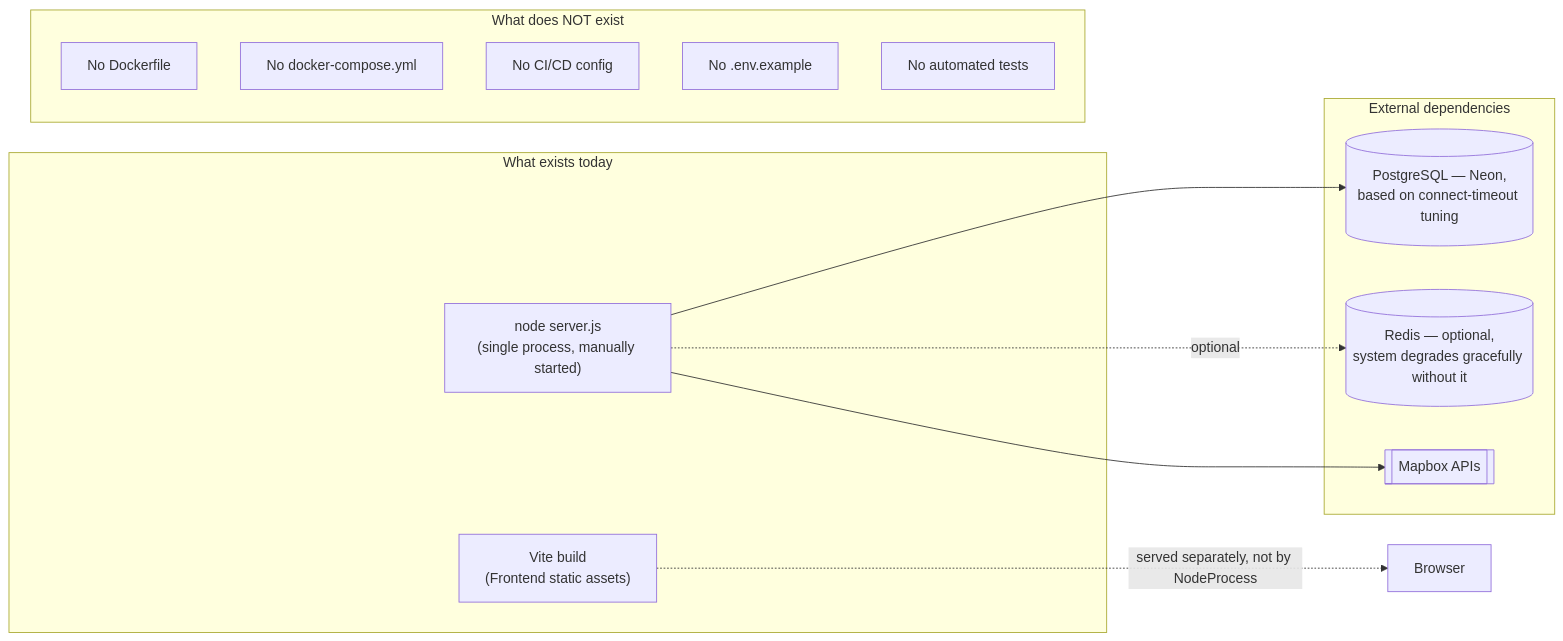
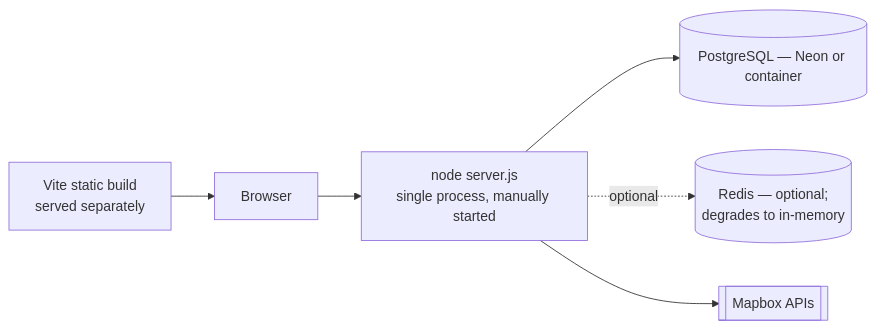
One commit to somanatha-dev/RobotX-Admin-Dashboard changed the fifth of 7 diagrams in FINAL_ARCHITECTURE_SUMMARY.md. Above: the diagram before and after it, drawn with Mermaid. The commit also changed other lines of this file and 154 other files, not shown here.

````diff
--- a/FINAL_ARCHITECTURE_SUMMARY.md
+++ b/FINAL_ARCHITECTURE_SUMMARY.md
@@ -253,24 +155,14 @@
 ```mermaid
 flowchart LR
-    subgraph "What exists today"
-        NodeProcess["node server.js\n(single process, manually started)"]
-        ViteBuild["Vite build\n(Frontend static assets)"]
-    end
-    subgraph "External dependencies"
-        NeonPG[(PostgreSQL — Neon,\nbased on connect-timeout tuning)]
-        RedisInstance[(Redis — optional,\nsystem degrades gracefully without it)]
-        MapboxAPI[[Mapbox APIs]]
-    end
-    subgraph "What does NOT exist"
-        Docker[No Dockerfile]
-        Compose[No docker-compose.yml]
-        CI[No CI/CD config]
-        EnvExample[No .env.example]
-        Tests[No automated tests]
-    end
+    N["node server.js<br/>single process, manually started"]
+    V["Vite static build<br/>served separately"]
+    PG[("PostgreSQL — Neon or container")]
+    RD[("Redis — optional;<br/>degrades to in-memory")]
+    MB[["Mapbox APIs"]]
 
-    NodeProcess --> NeonPG
-    NodeProcess -.optional.-> RedisInstance
-    NodeProcess --> MapboxAPI
-    ViteBuild -.served separately, not by NodeProcess.-> Browser2[Browser]
+    N --> PG
+    N -.optional.-> RD
+    N --> MB
+    V --> B["Browser"]
+    B --> N
 ```
````
